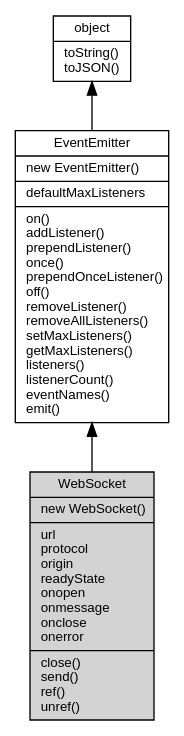
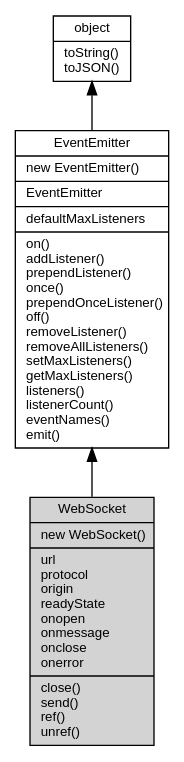
Before and after one commit to fibjs/fibjs.org: the diagram in docs/manual/object/ifs/WebSocket.md, drawn with Graphviz. The commit also changed 1813 other files, not shown here.

````diff
--- a/docs/manual/object/ifs/WebSocket.md
+++ b/docs/manual/object/ifs/WebSocket.md
@@ -31,12 +31,12 @@
 ```dot
 digraph {
     node [fontname="Helvetica,sans-Serif", fontsize=10, shape="record", style="filled", fillcolor="white"];
 
     object [tooltip="object", URL="object.md", label="{object|toString()\ltoJSON()\l}"];
-    EventEmitter [tooltip="EventEmitter", URL="EventEmitter.md", label="{EventEmitter|new EventEmitter()\l|defaultMaxListeners\l|on()\laddListener()\lprependListener()\lonce()\lprependOnceListener()\loff()\lremoveListener()\lremoveAllListeners()\lsetMaxListeners()\lgetMaxListeners()\llisteners()\llistenerCount()\leventNames()\lemit()\l}"];
+    EventEmitter [tooltip="EventEmitter", URL="EventEmitter.md", label="{EventEmitter|new EventEmitter()\l|EventEmitter\l|defaultMaxListeners\l|on()\laddListener()\lprependListener()\lonce()\lprependOnceListener()\loff()\lremoveListener()\lremoveAllListeners()\lsetMaxListeners()\lgetMaxListeners()\llisteners()\llistenerCount()\leventNames()\lemit()\l}"];
     WebSocket [tooltip="WebSocket", fillcolor="lightgray", id="me", label="{WebSocket|new WebSocket()\l|url\lprotocol\lorigin\lreadyState\lonopen\lonmessage\lonclose\lonerror\l|close()\lsend()\lref()\lunref()\l}"];
 
     object -> EventEmitter [dir=back];
     EventEmitter -> WebSocket [dir=back];
 }
 ```
````
